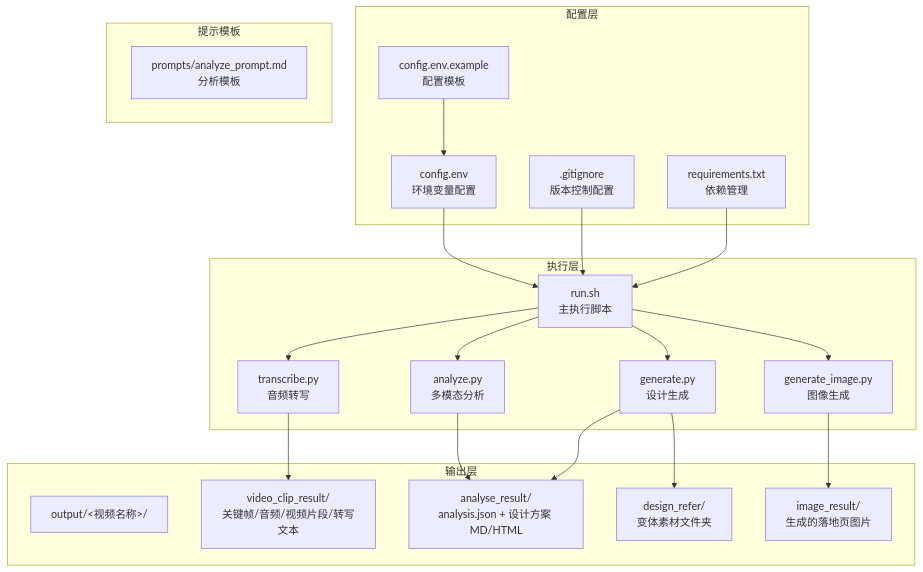
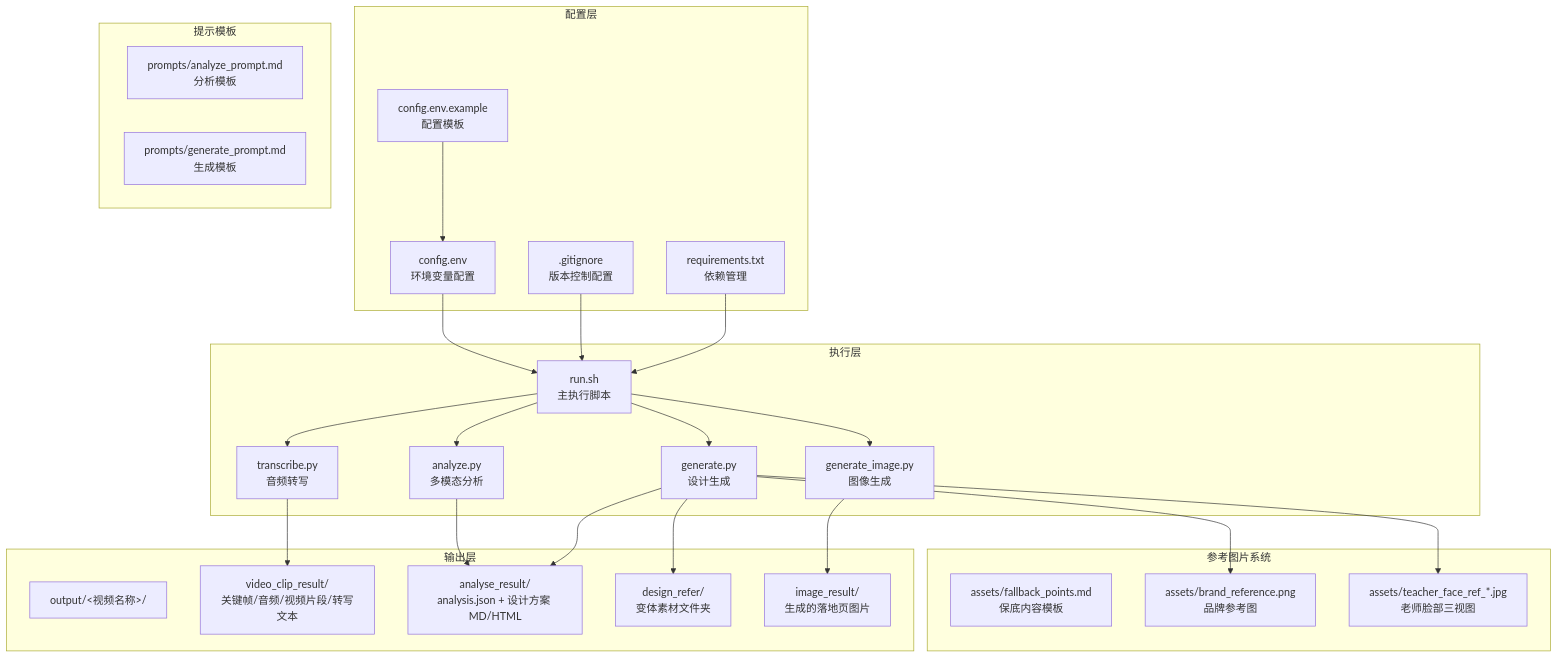
The first of 16 diagrams in .qoder/repowiki/zh/content/配置和定制/配置和定制.md (WongMingJiu/landingpage-test-hero-page), drawn with Mermaid before and after one commit. The commit also changed other lines of this file and 6 other files, not shown here.

````diff
--- a/.qoder/repowiki/zh/content/配置和定制/配置和定制.md
+++ b/.qoder/repowiki/zh/content/配置和定制/配置和定制.md
@@ -53,39 +54,47 @@
 ```mermaid
 graph TB
 subgraph "配置层"
 ConfigEnv[config.env<br/>环境变量配置]
 ConfigExample[config.env.example<br/>配置模板]
 GitIgnore[.gitignore<br/>版本控制配置]
 Requirements[requirements.txt<br/>依赖管理]
 end
 subgraph "执行层"
 RunScript[run.sh<br/>主执行脚本]
 Transcribe[transcribe.py<br/>音频转写]
 Analyze[analyze.py<br/>多模态分析]
 Generate[generate.py<br/>设计生成]
 GenerateImage[generate_image.py<br/>图像生成]
 end
 subgraph "提示模板"
 AnalyzePrompt[prompts/analyze_prompt.md<br/>分析模板]
+GeneratePrompt[prompts/generate_prompt.md<br/>生成模板]
+end
+subgraph "参考图片系统"
+FallbackPoints[assets/fallback_points.md<br/>保底内容模板]
+BrandRef[assets/brand_reference.png<br/>品牌参考图]
+TeacherFaceRef[assets/teacher_face_ref_*.jpg<br/>老师脸部三视图]
 end
 subgraph "输出层"
 OutputDir[output/<视频名称>/]
 VideoClip[video_clip_result/<br/>关键帧/音频/视频片段/转写文本]
 AnalyseResult[analyse_result/<br/>analysis.json + 设计方案 MD/HTML]
 DesignRefer[design_refer/<br/>变体素材文件夹]
 ImageResult[image_result/<br/>生成的落地页图片]
 end
 ConfigEnv --> RunScript
 ConfigExample --> ConfigEnv
 GitIgnore --> RunScript
 Requirements --> RunScript
 RunScript --> Transcribe
 RunScript --> Analyze
 RunScript --> Generate
 RunScript --> GenerateImage
 Transcribe --> VideoClip
 Analyze --> AnalyseResult
 Generate --> AnalyseResult
 Generate --> DesignRefer
+Generate --> BrandRef
+Generate --> TeacherFaceRef
 GenerateImage --> ImageResult
 ```
````
